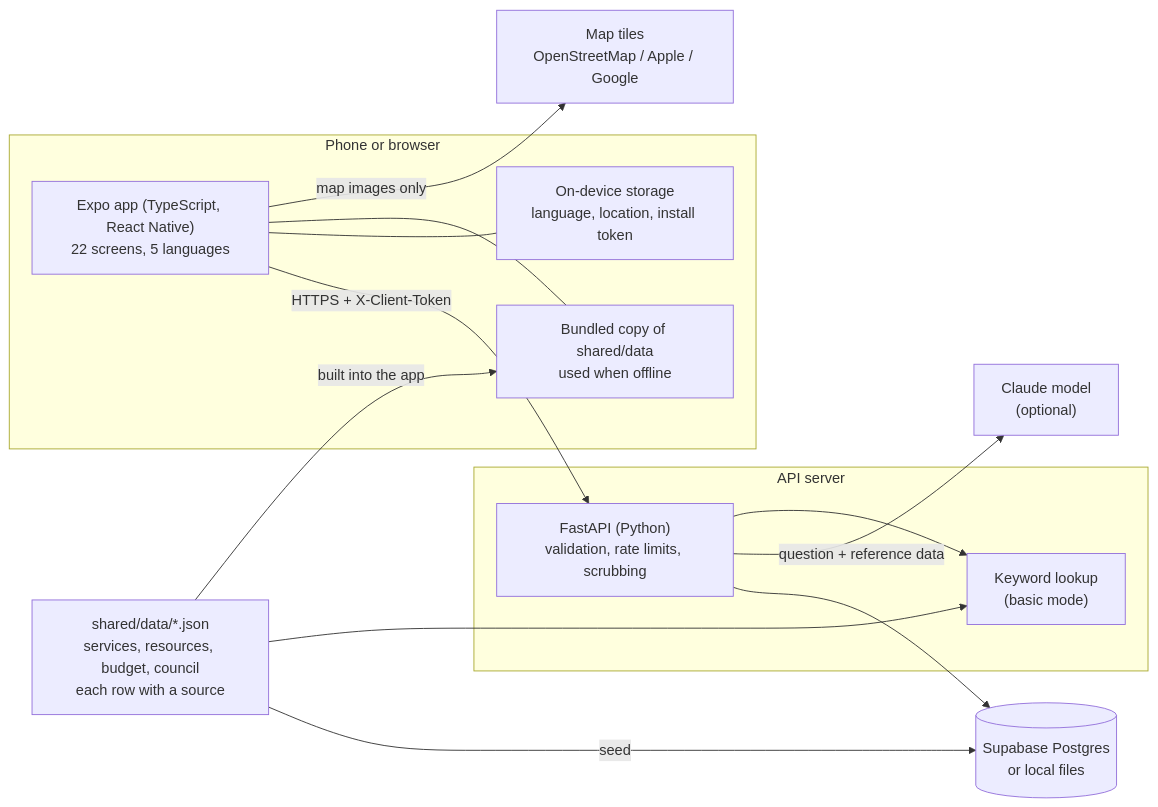
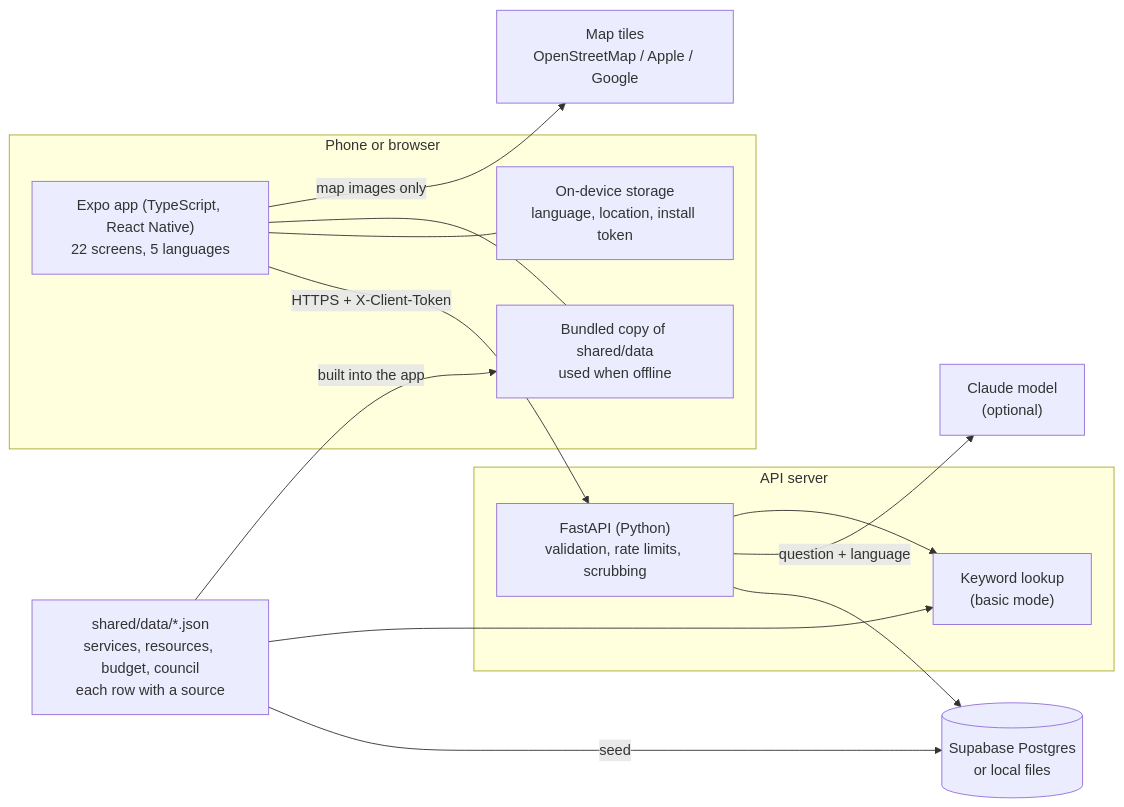
The diagram in submission/technical_overview.md (RohinCodes15/ReSource), drawn with Mermaid before and after one commit. The commit also changed other lines of this file and 12 other files, not shown here.

````diff
--- a/submission/technical_overview.md
+++ b/submission/technical_overview.md
@@ -11,29 +11,29 @@
 ```mermaid
 flowchart LR
   subgraph Device["Phone or browser"]
     App["Expo app (TypeScript, React Native)<br/>22 screens, 5 languages"]
     Store["On-device storage<br/>language, location, install token"]
     Copy["Bundled copy of shared/data<br/>used when offline"]
   end
 
   subgraph Server["API server"]
     API["FastAPI (Python)<br/>validation, rate limits, scrubbing"]
     Lookup["Keyword lookup<br/>(basic mode)"]
   end
 
   Data["shared/data/*.json<br/>services, resources, budget, council<br/>each row with a source"]
   DB[("Supabase Postgres<br/>or local files")]
   LLM["Claude model<br/>(optional)"]
   Tiles["Map tiles<br/>OpenStreetMap / Apple / Google"]
 
   App -->|HTTPS + X-Client-Token| API
   App --- Store
   App --- Copy
   App -->|map images only| Tiles
   API --> DB
-  API -->|question + reference data| LLM
+  API -->|question + language| LLM
   API --> Lookup
   Data -->|seed| DB
   Data -->|built into the app| Copy
   Data --> Lookup
 ```
````
